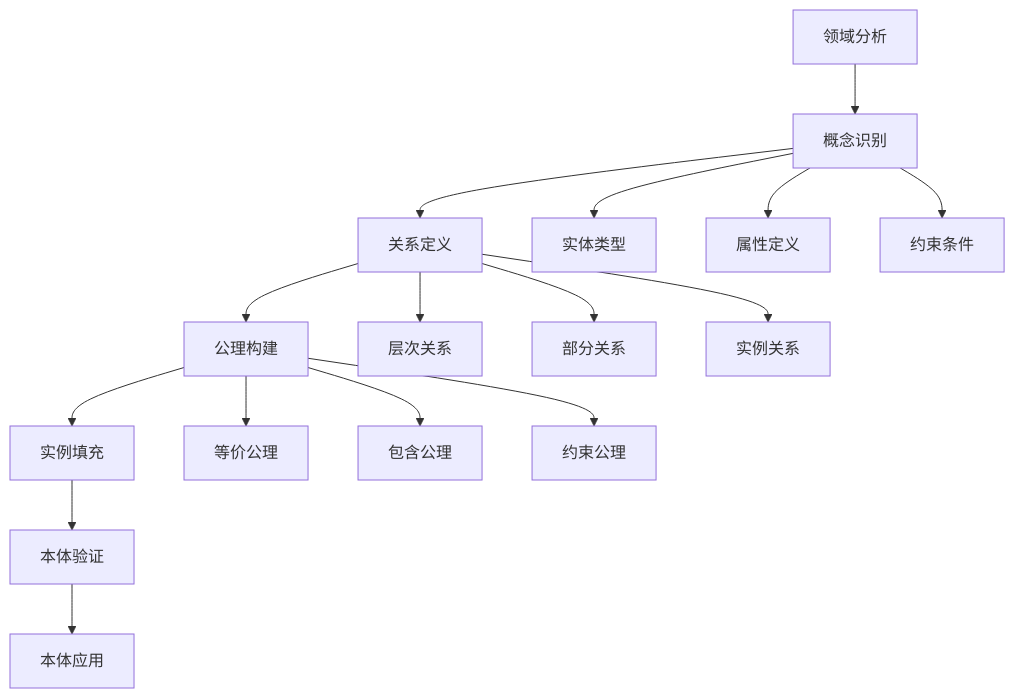
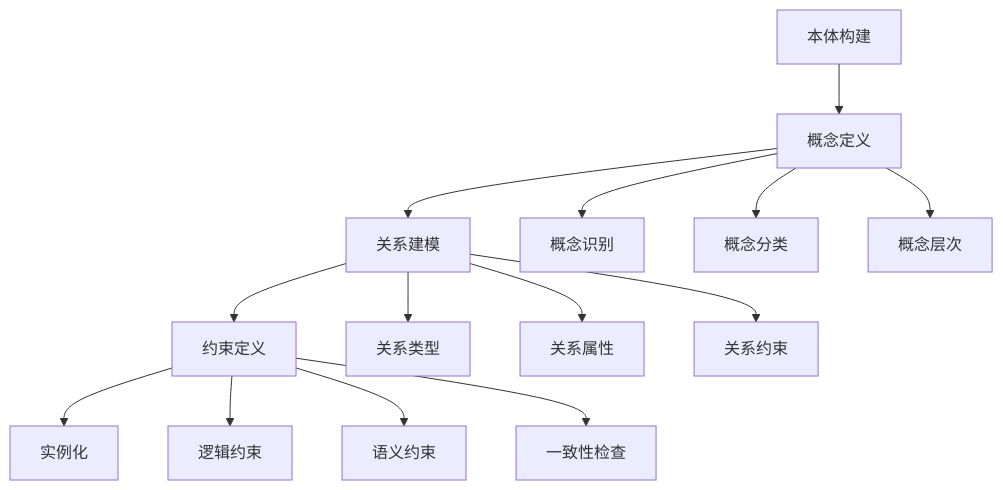
Before and after one commit to AdaMartin18010/KnowledgeGraph: the diagram in docs/04-ontology-engineering/README.md, drawn with Mermaid. The commit also changed other lines of this file and 5 other files, not shown here.

````diff
--- a/docs/04-ontology-engineering/README.md
+++ b/docs/04-ontology-engineering/README.md
@@ -84,21 +78,19 @@
 ```mermaid
 graph TD
-    A[领域分析] --> B[概念识别]
-    B --> C[关系定义]
-    C --> D[公理构建]
-    D --> E[实例填充]
-    E --> F[本体验证]
-    F --> G[本体应用]
+    A[本体构建] --> B[概念定义]
+    B --> C[关系建模]
+    C --> D[约束定义]
+    D --> E[实例化]
     
-    B --> B1[实体类型]
-    B --> B2[属性定义]
-    B --> B3[约束条件]
+    B --> B1[概念识别]
+    B --> B2[概念分类]
+    B --> B3[概念层次]
     
-    C --> C1[层次关系]
-    C --> C2[部分关系]
-    C --> C3[实例关系]
+    C --> C1[关系类型]
+    C --> C2[关系属性]
+    C --> C3[关系约束]
     
-    D --> D1[等价公理]
-    D --> D2[包含公理]
-    D --> D3[约束公理]
+    D --> D1[逻辑约束]
+    D --> D2[语义约束]
+    D --> D3[一致性检查]
 ```
````
